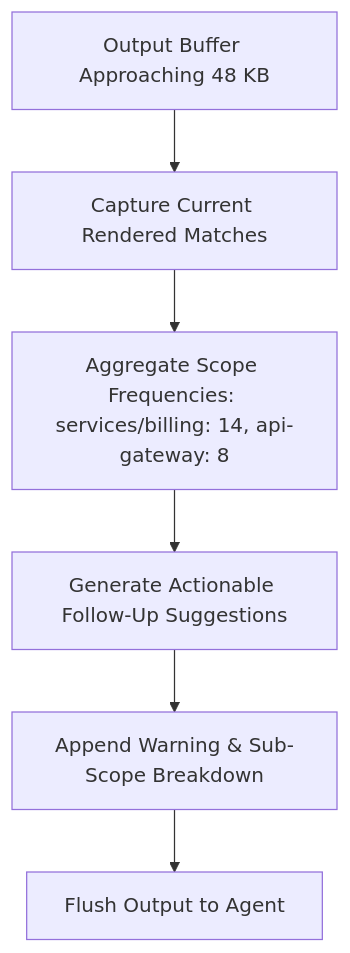
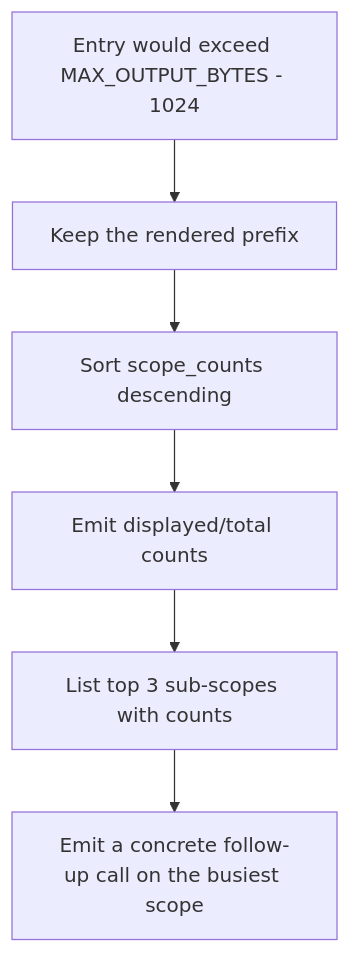
One commit to VictorAgahi/causalmesh changed the diagram in .agents/skills/mesh-stdio-protocol/DEEPENING.md. Above: the diagram before and after it, drawn with Mermaid. The commit also changed other lines of this file and 29 other files, not shown here.

````diff
--- a/.agents/skills/mesh-stdio-protocol/DEEPENING.md
+++ b/.agents/skills/mesh-stdio-protocol/DEEPENING.md
@@ -67,8 +125,8 @@
 ```mermaid
 graph TD
-    A[Output Buffer Approaching 48 KB] --> B[Capture Current Rendered Matches]
-    B --> C[Aggregate Scope Frequencies: services/billing: 14, api-gateway: 8]
-    C --> D[Generate Actionable Follow-Up Suggestions]
-    D --> E[Append Warning & Sub-Scope Breakdown]
-    E --> F[Flush Output to Agent]
+    A[Entry would exceed MAX_OUTPUT_BYTES - 1024] --> B[Keep the rendered prefix]
+    B --> C[Sort scope_counts descending]
+    C --> D[Emit displayed/total counts]
+    D --> E[List top 3 sub-scopes with counts]
+    E --> F[Emit a concrete follow-up call on the busiest scope]
 ```
````
